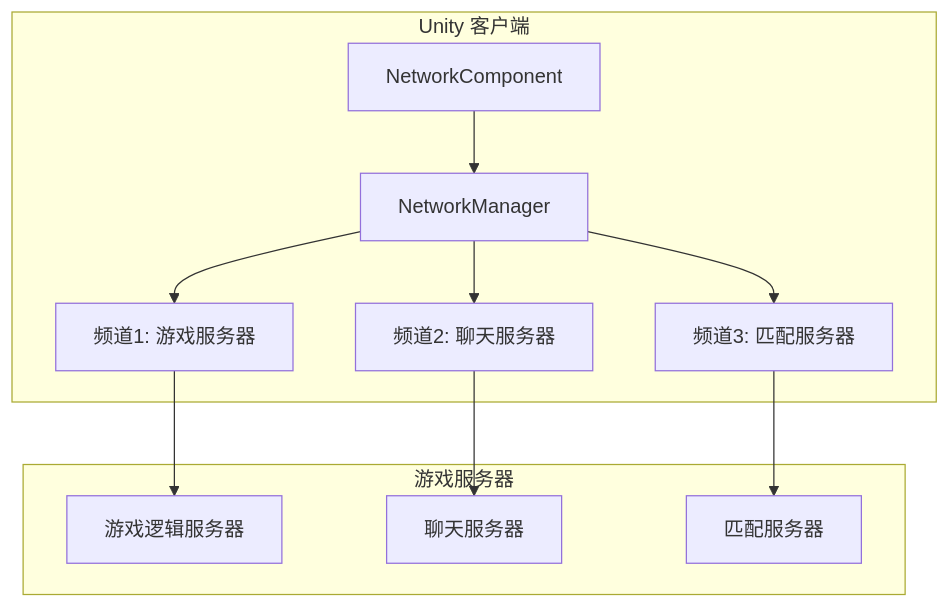
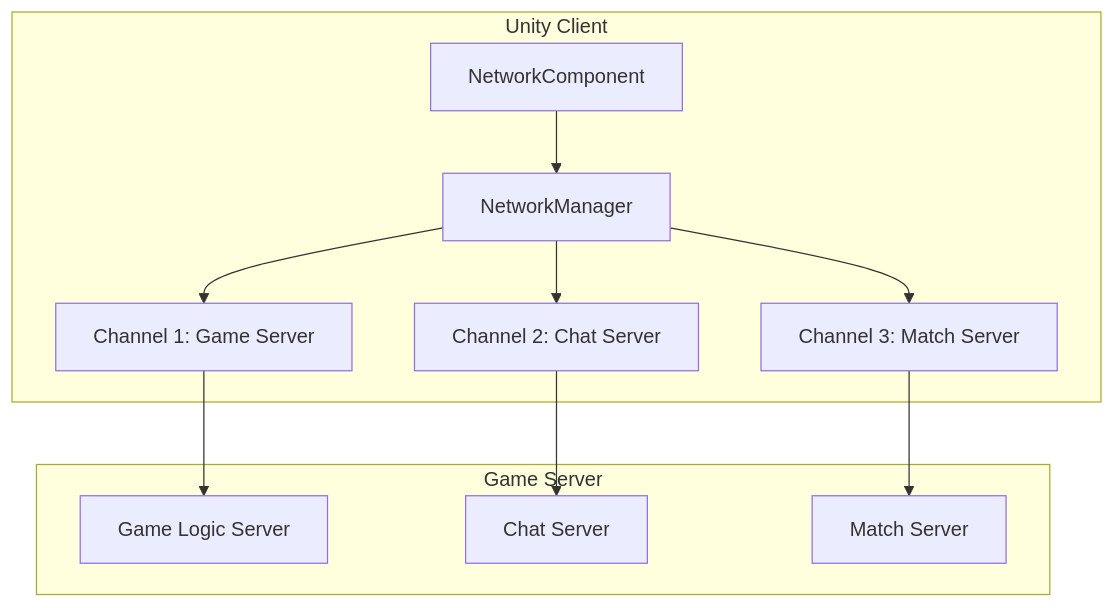
Before and after one commit to AlianBlank/GameFrameX.Docs: the seventh of 7 diagrams in docs/en/client/unity/component/network/01.overview.md, drawn with Mermaid. The commit also changed other lines of this file and 242 other files, not shown here.

````diff
--- a/docs/en/client/unity/component/network/01.overview.md
+++ b/docs/en/client/unity/component/network/01.overview.md
@@ -335,24 +335,24 @@
 ```mermaid
 flowchart TD
-    subgraph Client["Unity 客户端"]
+    subgraph Client["Unity Client"]
         NC[NetworkComponent]
         NM[NetworkManager]
-        NC1[频道1: 游戏服务器]
-        NC2[频道2: 聊天服务器]
-        NC3[频道3: 匹配服务器]
+        NC1[Channel 1: Game Server]
+        NC2[Channel 2: Chat Server]
+        NC3[Channel 3: Match Server]
     end
-    
-    subgraph Server["游戏服务器"]
-        GS[游戏逻辑服务器]
-        CS[聊天服务器]
-        MS[匹配服务器]
+
+    subgraph Server["Game Server"]
+        GS[Game Logic Server]
+        CS[Chat Server]
+        MS[Match Server]
     end
-    
+
     NC --> NM
     NM --> NC1
     NM --> NC2
     NM --> NC3
     NC1 --> GS
     NC2 --> CS
     NC3 --> MS
 ```
````
